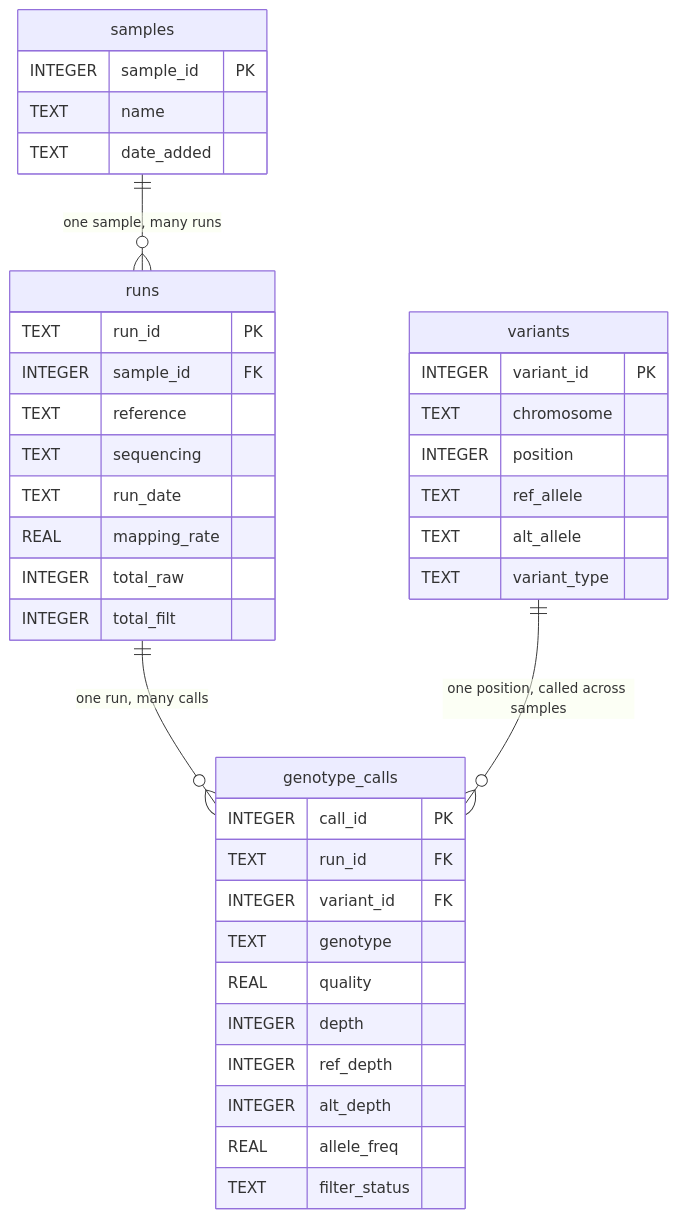
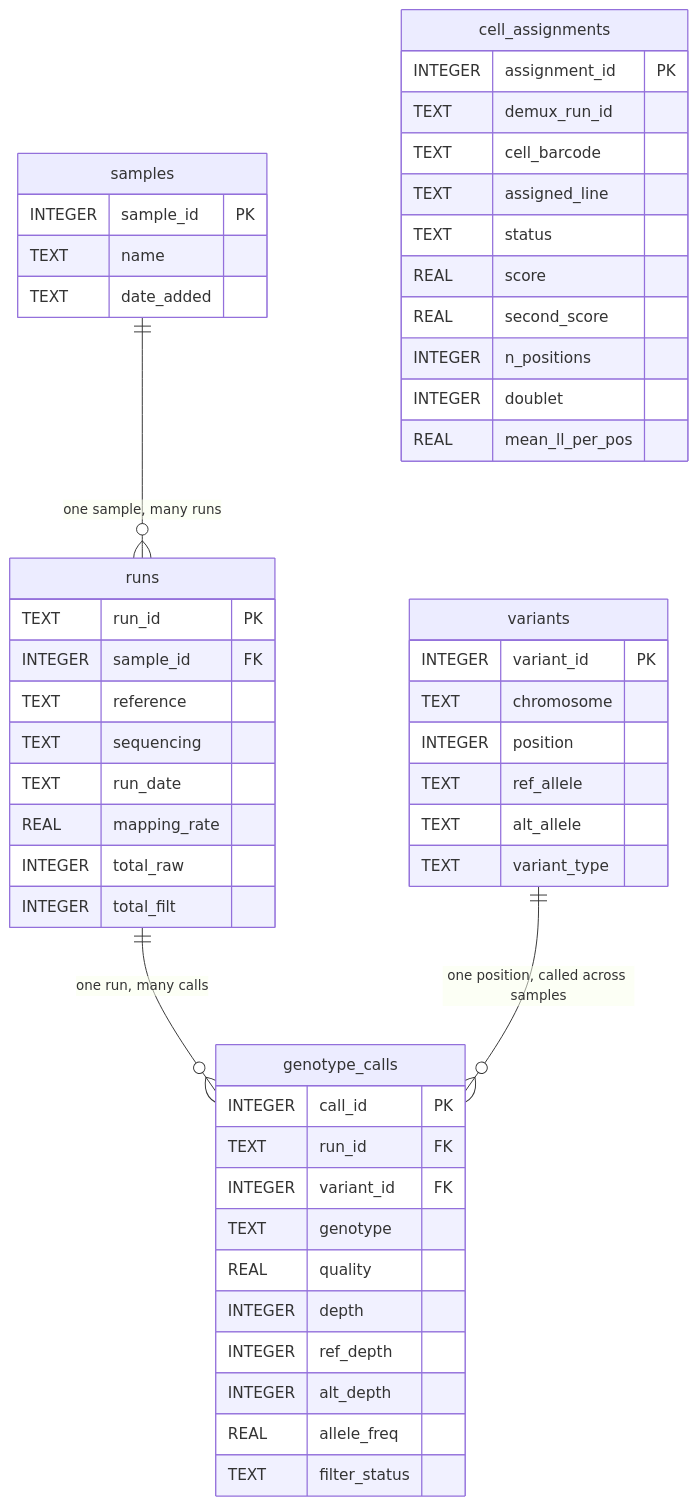
The third of 4 diagrams in README.md (nemethandras/scrna_project), drawn with Mermaid before and after one commit. The commit also changed other lines of this file, not shown here.

````diff
--- a/README.md
+++ b/README.md
@@ -44,42 +92,54 @@
 ```mermaid
 erDiagram
     samples {
         INTEGER sample_id PK
         TEXT    name
         TEXT    date_added
     }
     runs {
         TEXT    run_id PK
         INTEGER sample_id FK
         TEXT    reference
         TEXT    sequencing
         TEXT    run_date
         REAL    mapping_rate
         INTEGER total_raw
         INTEGER total_filt
     }
     variants {
         INTEGER variant_id PK
         TEXT    chromosome
         INTEGER position
         TEXT    ref_allele
         TEXT    alt_allele
         TEXT    variant_type
     }
     genotype_calls {
         INTEGER call_id PK
         TEXT    run_id FK
         INTEGER variant_id FK
         TEXT    genotype
         REAL    quality
         INTEGER depth
         INTEGER ref_depth
         INTEGER alt_depth
         REAL    allele_freq
         TEXT    filter_status
     }
+    cell_assignments {
+        INTEGER assignment_id PK
+        TEXT    demux_run_id
+        TEXT    cell_barcode
+        TEXT    assigned_line
+        TEXT    status
+        REAL    score
+        REAL    second_score
+        INTEGER n_positions
+        INTEGER doublet
+        REAL    mean_ll_per_pos
+    }
 
-    samples     ||--o{ runs           : "one sample, many runs"
-    runs        ||--o{ genotype_calls : "one run, many calls"
-    variants    ||--o{ genotype_calls : "one position, called across samples"
+    samples     ||--o{ runs             : "one sample, many runs"
+    runs        ||--o{ genotype_calls   : "one run, many calls"
+    variants    ||--o{ genotype_calls   : "one position, called across samples"
 ```
````
